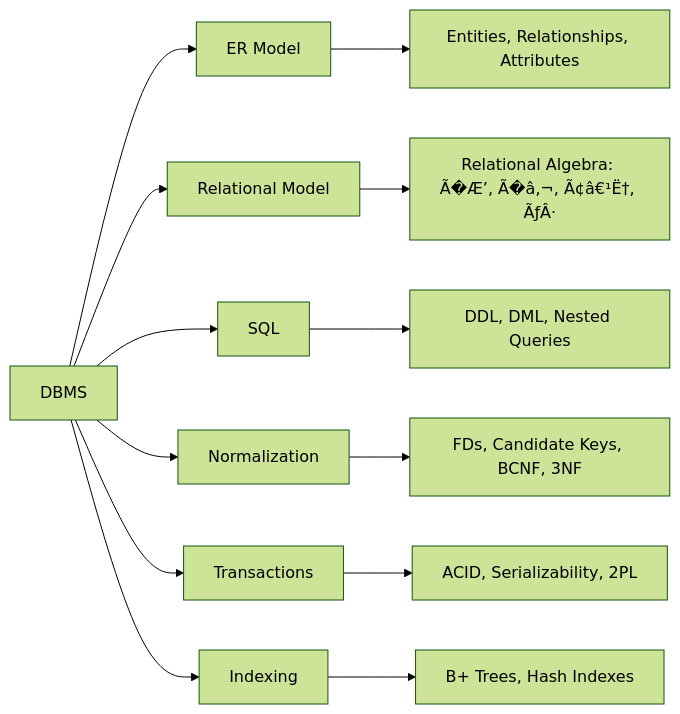
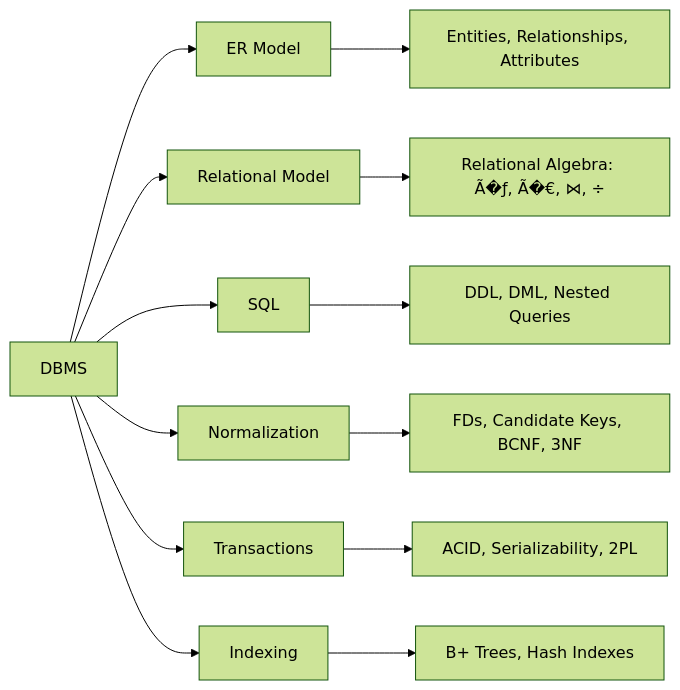
One commit to Raushan666java/ai-engineering-journey changed the second of 2 diagrams in docs/courses/gate-cs-preparation/08-database-management-systems.md. Above: the diagram before and after it, drawn with Mermaid (forest theme). The commit also changed other lines of this file and 965 other files, not shown here.

````diff
--- a/docs/courses/gate-cs-preparation/08-database-management-systems.md
+++ b/docs/courses/gate-cs-preparation/08-database-management-systems.md
@@ -2298,15 +2298,15 @@
 ```mermaid
 flowchart LR
     A[DBMS] --> B[ER Model]
     A --> C[Relational Model]
     A --> D[SQL]
     A --> E[Normalization]
     A --> F[Transactions]
     A --> G[Indexing]
     B --> B1[Entities, Relationships, Attributes]
-    C --> C1[Relational Algebra: Ã�Æ’, Ã�â‚¬, Ã¢â€¹Ë†, ÃƒÂ·]
+    C --> C1[Relational Algebra: Ã�ƒ, Ã�€, ⋈, ÷]
     D --> D1[DDL, DML, Nested Queries]
     E --> E1[FDs, Candidate Keys, BCNF, 3NF]
     F --> F1[ACID, Serializability, 2PL]
     G --> G1[B+ Trees, Hash Indexes]
 ```
````
